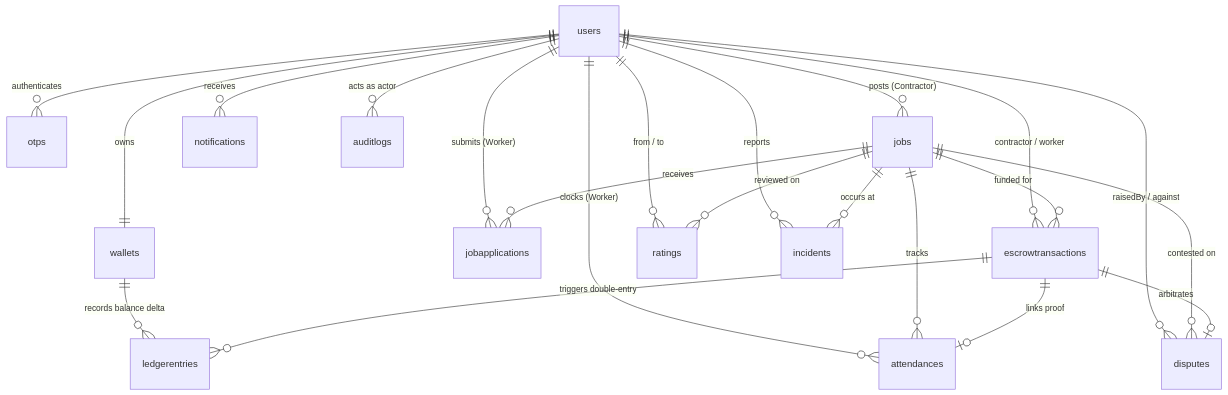
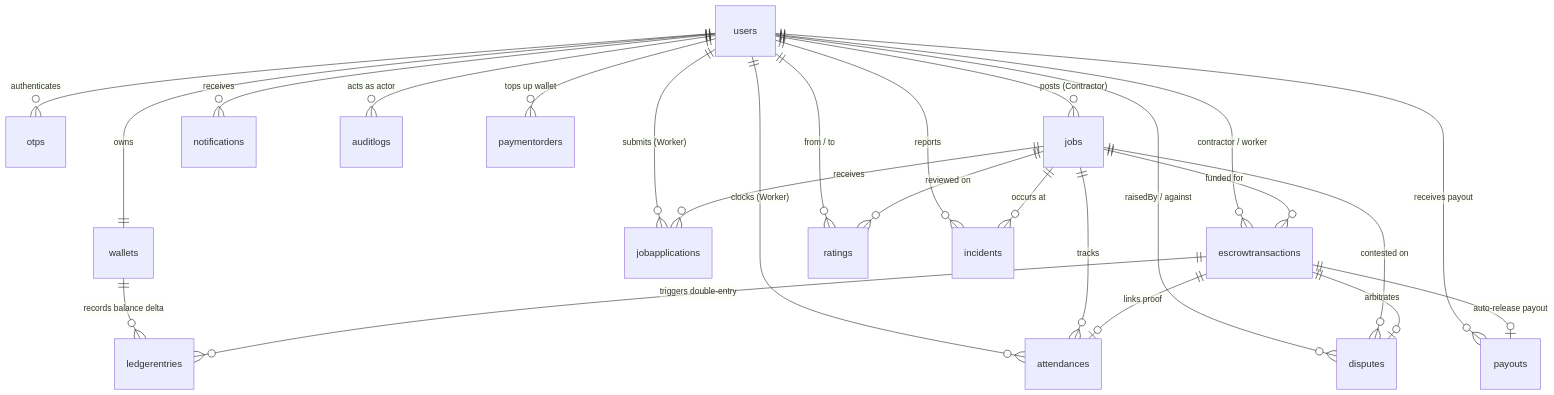
The diagram in docs/db-schema.md (kasimshah19/WorkPulse), drawn with Mermaid before and after one commit. The commit also changed other lines of this file and 76 other files, not shown here.

Commit message:
feat: phase 5 escrow, double-entry ledger, razorpay topup, state machine, auto-approval, payouts, disputes

````diff
--- a/docs/db-schema.md
+++ b/docs/db-schema.md
@@ -9,26 +23,29 @@
 ```mermaid
 erDiagram
     users ||--o{ otps : "authenticates"
     users ||--|| wallets : "owns"
     users ||--o{ jobs : "posts (Contractor)"
     users ||--o{ jobapplications : "submits (Worker)"
     users ||--o{ attendances : "clocks (Worker)"
     users ||--o{ escrowtransactions : "contractor / worker"
     users ||--o{ ratings : "from / to"
     users ||--o{ incidents : "reports"
     users ||--o{ disputes : "raisedBy / against"
     users ||--o{ notifications : "receives"
     users ||--o{ auditlogs : "acts as actor"
+    users ||--o{ paymentorders : "tops up wallet"
+    users ||--o{ payouts : "receives payout"
 
     jobs ||--o{ jobapplications : "receives"
     jobs ||--o{ attendances : "tracks"
     jobs ||--o{ escrowtransactions : "funded for"
     jobs ||--o{ ratings : "reviewed on"
     jobs ||--o{ incidents : "occurs at"
     jobs ||--o{ disputes : "contested on"
 
     wallets ||--o{ ledgerentries : "records balance delta"
     escrowtransactions ||--o{ ledgerentries : "triggers double-entry"
     escrowtransactions ||--o| disputes : "arbitrates"
     escrowtransactions ||--o| attendances : "links proof"
+    escrowtransactions ||--o| payouts : "auto-release payout"
 ```
````
